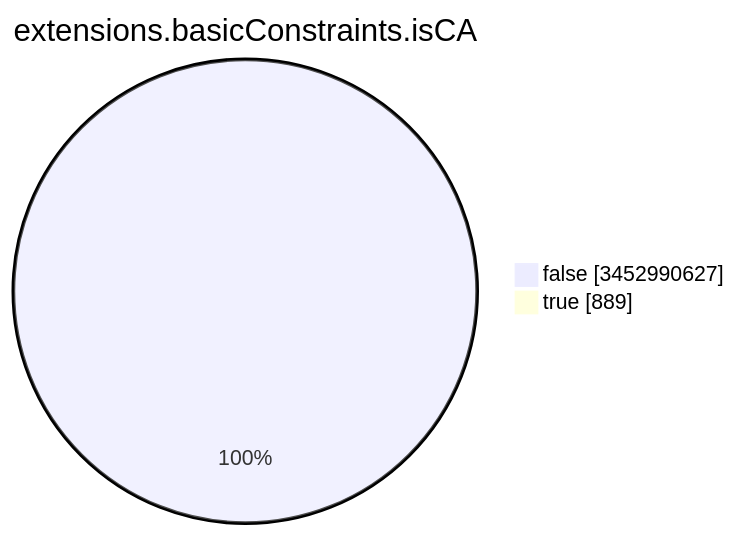
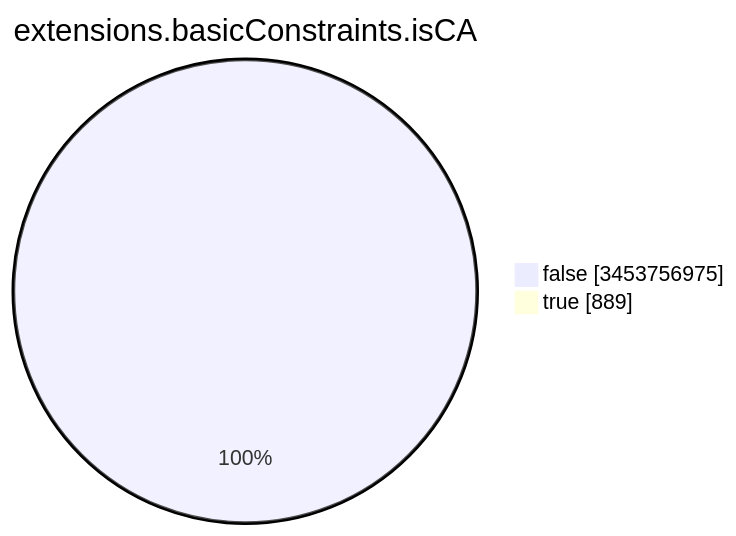
The seventh of 15 diagrams in TOTAL/README.md (christiankrug/ctmonitor_visualization), drawn with Mermaid before and after one commit. The commit also changed other lines of this file, not shown here.

````diff
--- a/TOTAL/README.md
+++ b/TOTAL/README.md
@@ -3092,6 +3092,6 @@
 ```mermaid
 pie showData
 title extensions.basicConstraints.isCA
-"false" :3452990627
+"false" :3453756975
 "true" :889
 ```
````
